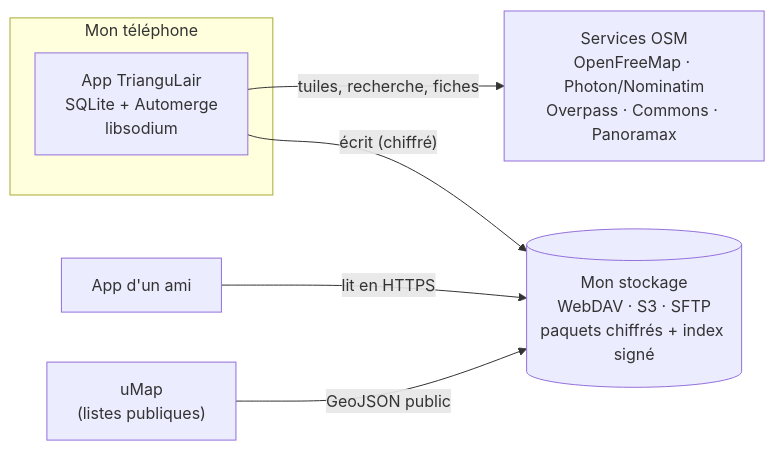
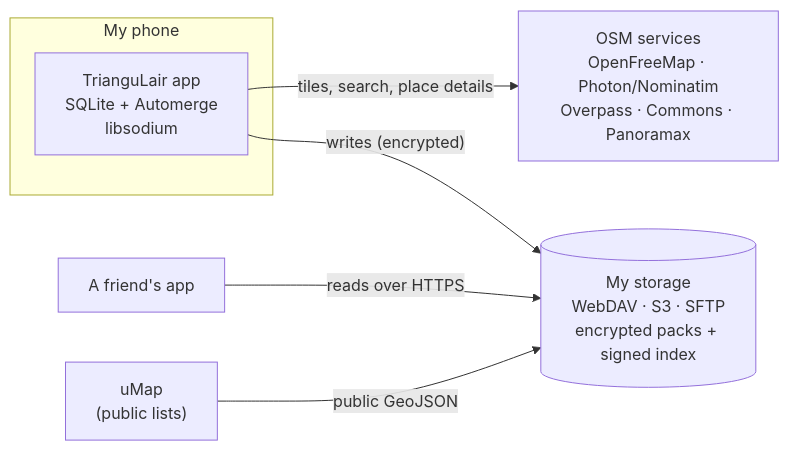
Before and after one commit to ndx1905-github/TrianguLair: the diagram in docs/SPEC.md, drawn with Mermaid. The commit also changed other lines of this file and 19 other files, not shown here.

````diff
--- a/docs/SPEC.md
+++ b/docs/SPEC.md
@@ -705,14 +705,14 @@
 ```mermaid
 flowchart LR
-  subgraph Moi["Mon téléphone"]
-    App["App TrianguLair\nSQLite + Automerge\nlibsodium"]
+  subgraph Moi["My phone"]
+    App["TrianguLair app\nSQLite + Automerge\nlibsodium"]
   end
-  Sto[("Mon stockage\nWebDAV · S3 · SFTP\npaquets chiffrés + index signé")]
-  Ami["App d'un ami"]
-  OSM["Services OSM\nOpenFreeMap · Photon/Nominatim\nOverpass · Commons · Panoramax"]
-  uMap["uMap\n(listes publiques)"]
-  App -- "écrit (chiffré)" --> Sto
-  Ami -- "lit en HTTPS" --> Sto
-  App -- "tuiles, recherche, fiches" --> OSM
-  uMap -- "GeoJSON public" --> Sto
+  Sto[("My storage\nWebDAV · S3 · SFTP\nencrypted packs + signed index")]
+  Ami["A friend's app"]
+  OSM["OSM services\nOpenFreeMap · Photon/Nominatim\nOverpass · Commons · Panoramax"]
+  uMap["uMap\n(public lists)"]
+  App -- "writes (encrypted)" --> Sto
+  Ami -- "reads over HTTPS" --> Sto
+  App -- "tiles, search, place details" --> OSM
+  uMap -- "public GeoJSON" --> Sto
 ```
````
